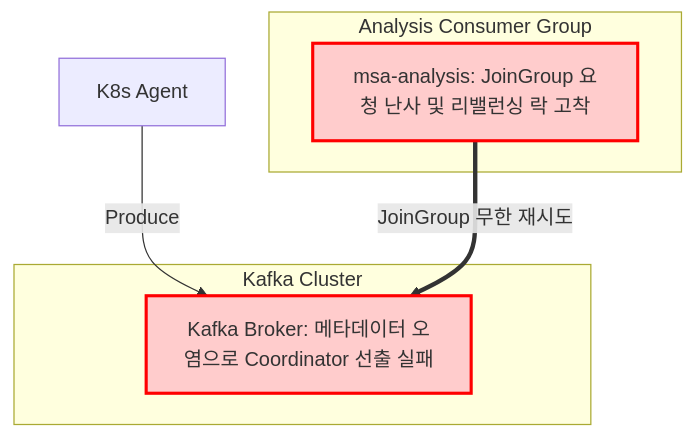
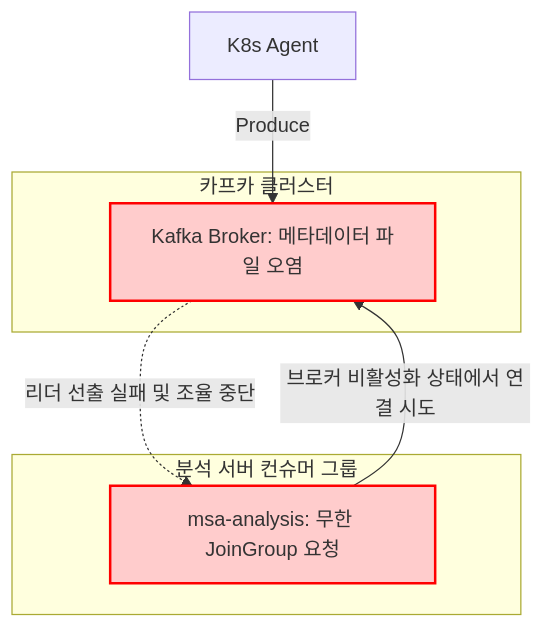
Before and after one commit to ckstj8027/k-logging-project: the second of 3 diagrams in README.md, drawn with Mermaid. The commit also changed other lines of this file, not shown here.

````diff
--- a/README.md
+++ b/README.md
@@ -131,19 +76,18 @@
 ```mermaid
 graph TD
-    Agent[K8s Agent] -->|Produce| Kafka_Broker
+    Agent["K8s Agent"] -->|Produce| Kafka_Broker
     
-    %% 장애 지점 강조 (빨간색)
-    subgraph Kafka_Cluster [Kafka Cluster]
-        Kafka_Broker[Kafka Broker: 메타데이터 오염으로 Coordinator 선출 실패]
+    subgraph Kafka_Cluster ["카프카 클러스터"]
+        Kafka_Broker["Kafka Broker: 메타데이터 파일 오염"]
     end
 
-    subgraph Analysis_Consumer [Analysis Consumer Group]
-        Consumer[msa-analysis: JoinGroup 요청 난사 및 리밸런싱 락 고착]
+    subgraph Consumer_Group ["분석 서버 컨슈머 그룹"]
+        Consumer["msa-analysis: 무한 JoinGroup 요청"]
     end
 
-    Consumer ==>|JoinGroup 무한 재시도| Kafka_Broker
-
-    %% 스타일 정의
-    style Kafka_Broker fill:#ffcccc,stroke:#ff0000,stroke-width:2.5px;
-    style Consumer fill:#ffcccc,stroke:#ff0000,stroke-width:2.5px;
+    Consumer -->|브로커 비활성화 상태에서 연결 시도| Kafka_Broker
+    Kafka_Broker -.->|리더 선출 실패 및 조율 중단| Consumer
+    
+    style Kafka_Broker fill:#ffcccc,stroke:#ff0000,stroke-width:2px;
+    style Consumer fill:#ffcccc,stroke:#ff0000,stroke-width:2px;
 ```
````
